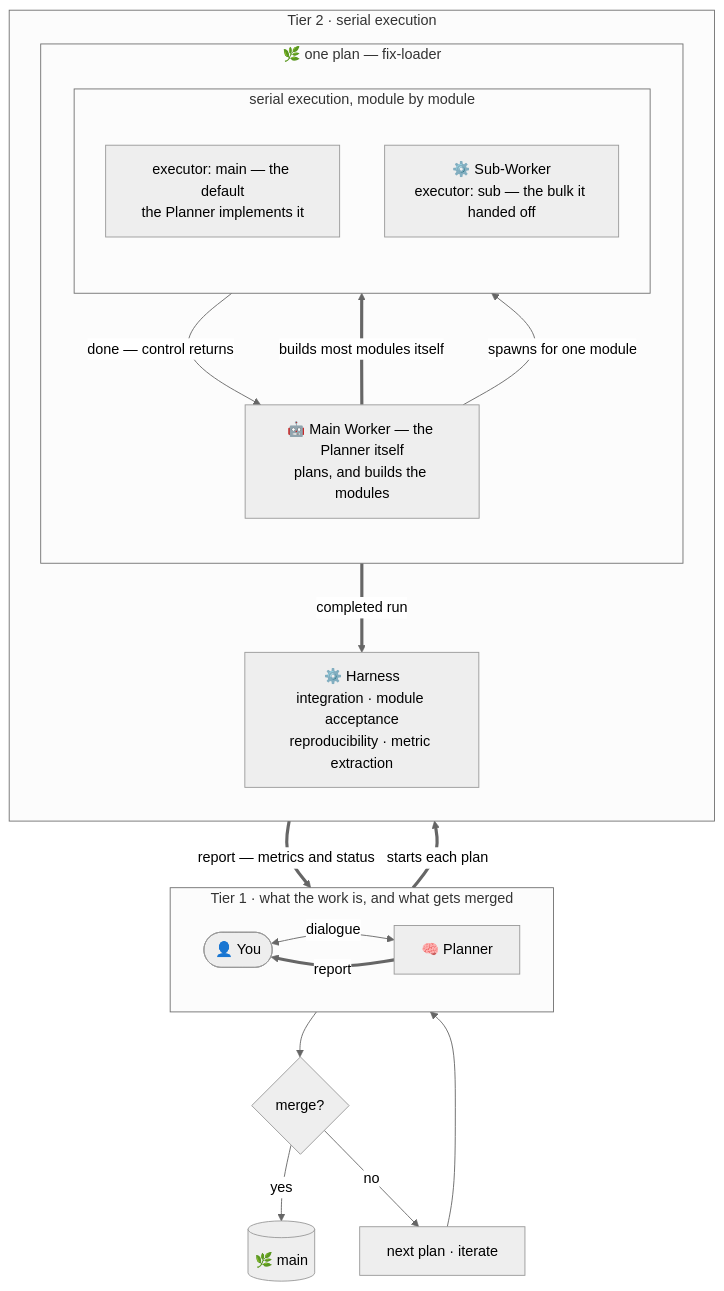
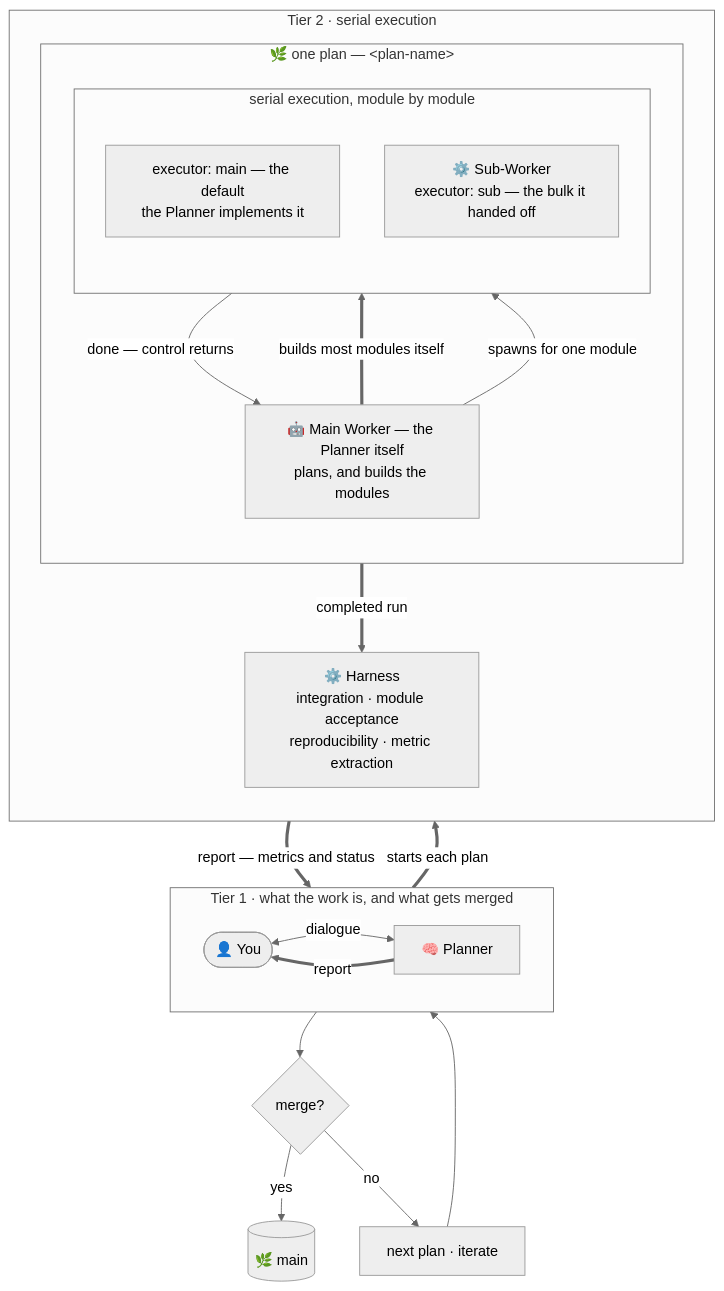
The first of 3 diagrams in README.md (teasol/harness-template), drawn with Mermaid (neutral theme) before and after one commit. The commit also changed other lines of this file and 1 other file, not shown here.

First line of the commit message:
docs: one placeholder style in the README, and adoption where it belongs

````diff
--- a/README.md
+++ b/README.md
@@ -291,33 +288,33 @@
 ```mermaid
 flowchart TD
     subgraph T1 ["Tier 1 · what the work is, and what gets merged"]
         direction LR
         U(["👤 You"]) <-->|"dialogue"| P["🧠 Planner"]
     end
 
     subgraph T2 ["Tier 2 · serial execution"]
         direction TB
-        subgraph BR ["🌿 one plan — fix-loader"]
+        subgraph BR ["🌿 one plan — &lt;plan-name&gt;"]
             direction TB
             MW["🤖 Main Worker — the Planner itself<br/>plans, and builds the modules"]
             subgraph EX ["serial execution, module by module"]
                 direction TB
                 SELF["executor: main — the default<br/>the Planner implements it"]
                 SUB["⚙️ Sub-Worker<br/>executor: sub — the bulk it handed off"]
             end
             MW ==>|"builds most modules itself"| SELF
             MW -->|"spawns for one module"| SUB
             SUB -->|"done — control returns"| MW
         end
         H["⚙️ Harness<br/>integration · module acceptance<br/>reproducibility · metric extraction"]
     end
 
     P ==>|"starts each plan"| MW
     EX ==>|"completed run"| H
     H ==>|"report — metrics and status"| P
     P ==>|"report"| U
     U --> DEC{"merge?"}
     DEC -->|"yes"| MAIN[("🌿 main")]
     DEC -->|"no"| NEXT["next plan · iterate"]
     NEXT --> P
 ```
````
